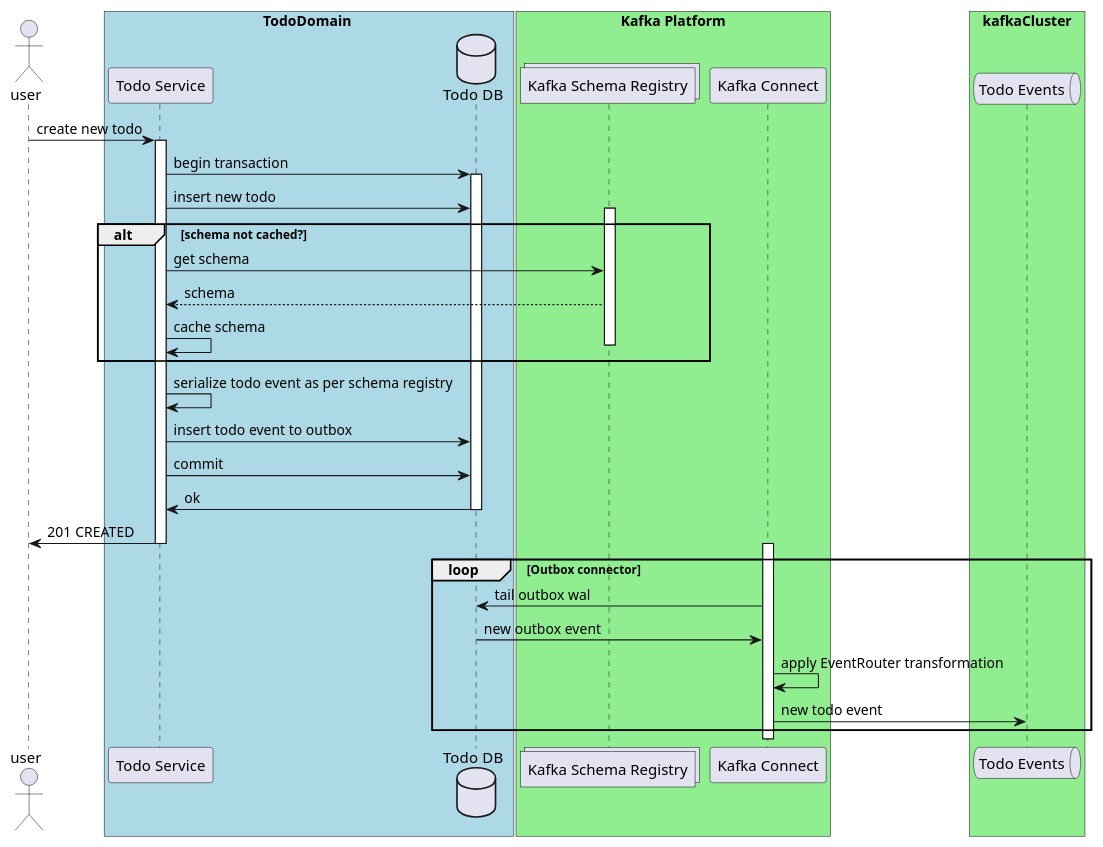
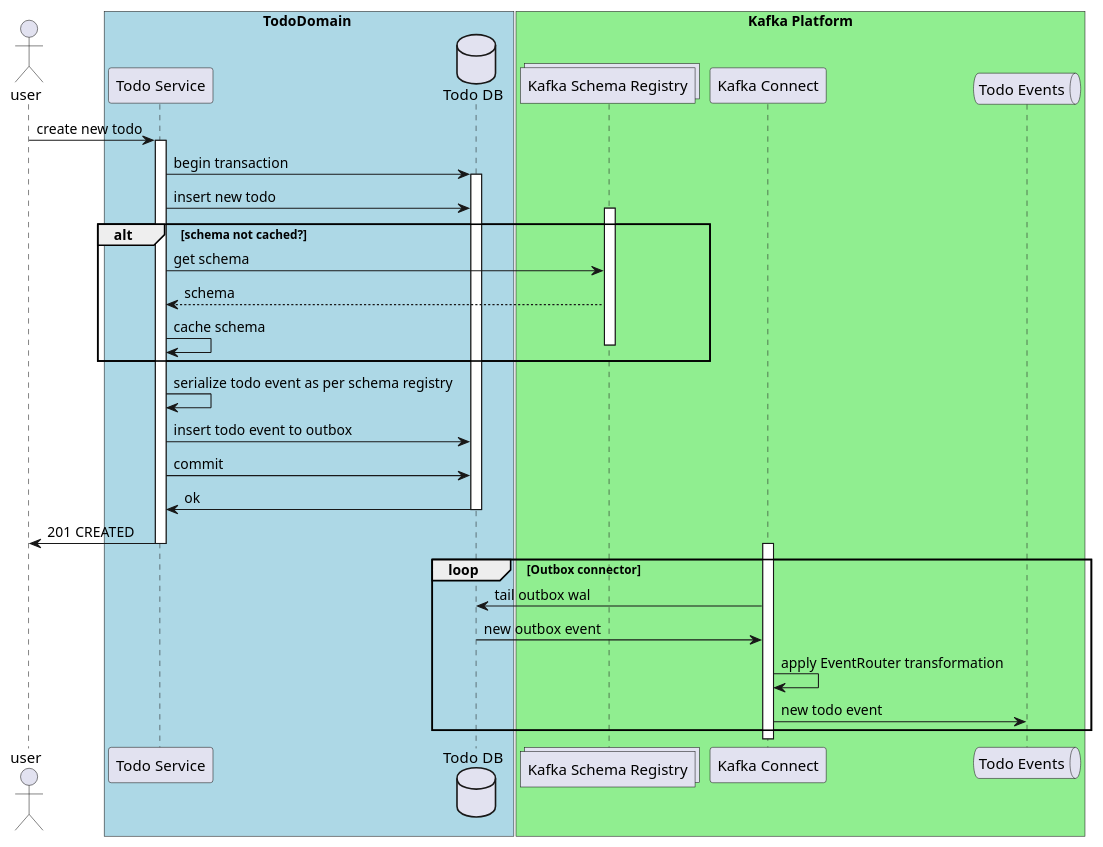
Before and after one commit to petebids/petebids.github.io: the diagram in diagram_sources/outbox_sequence.wsd, drawn with PlantUML. The commit also changed 1 other file, not shown here.

```diff
--- a/diagram_sources/outbox_sequence.wsd
+++ b/diagram_sources/outbox_sequence.wsd
@@ -1,48 +1,48 @@
 @startuml
 
 Actor user
 
 box TodoDomain #LightBlue
 participant "Todo Service"  as todo
 database "Todo DB" as tdb
 end box
 
 box "Kafka Platform"#LightGreen
 collections "Kafka Schema Registry" as ksc
 participant "Kafka Connect" as kc
-box kafkaCluster#LightGreen
+
 queue "Todo Events" as te
-end box
+
 end box
 
 
 user -> todo : create new todo
 activate todo
 todo -> tdb : begin transaction
 activate tdb
 todo -> tdb : insert new todo
 alt schema not cached?
     activate ksc
     todo -> ksc : get schema
     ksc --> todo : schema
     todo -> todo : cache schema
     deactivate ksc
 end
 todo -> todo : serialize todo event as per schema registry
 todo -> tdb : insert todo event to outbox
 todo -> tdb : commit
 tdb -> todo : ok
 deactivate tdb
 todo -> user : 201 CREATED
 deactivate todo
 
 activate kc
 loop Outbox connector
     kc -> tdb : tail outbox wal
     tdb -> kc : new outbox event
     kc -> kc : apply EventRouter transformation
     kc -> te : new todo event
 
     end loop
 
     @enduml
```
